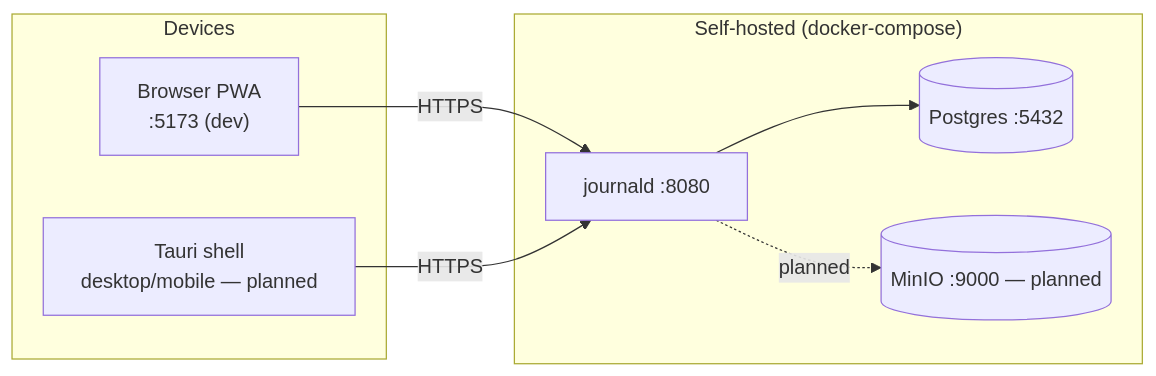
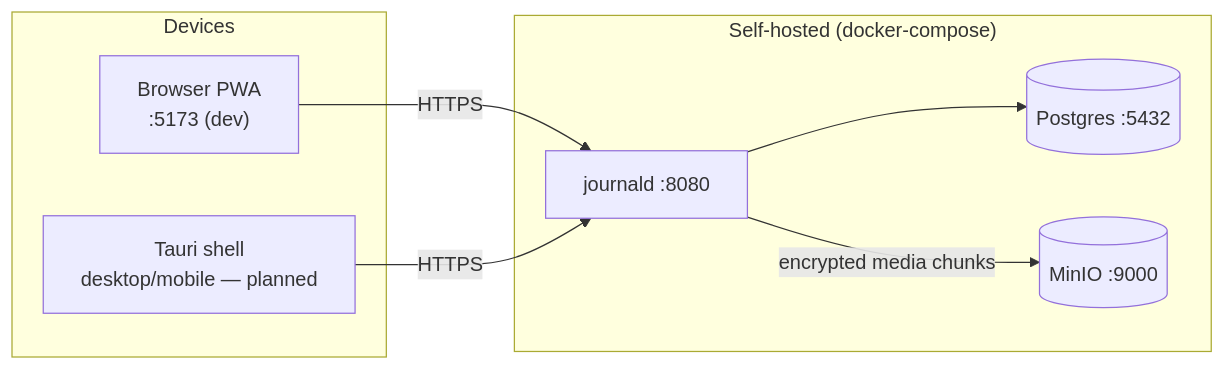
The fifth of 5 diagrams in docs/ARCHITECTURE.md (plasticparticle/mneme), drawn with Mermaid before and after one commit. The commit also changed other lines of this file and 5 other files, not shown here.

````diff
--- a/docs/ARCHITECTURE.md
+++ b/docs/ARCHITECTURE.md
@@ -233,16 +256,16 @@
 ```mermaid
 flowchart LR
   subgraph Devices
     B["Browser PWA<br/>:5173 (dev)"]
     T["Tauri shell<br/>desktop/mobile — planned"]
   end
   subgraph Homelab["Self-hosted (docker-compose)"]
     J["journald :8080"]
     P[("Postgres :5432")]
-    Mn[("MinIO :9000 — planned")]
+    Mn[("MinIO :9000")]
   end
   B -- HTTPS --> J
   T -- HTTPS --> J
   J --> P
-  J -. planned .-> Mn
+  J -- "encrypted media chunks" --> Mn
 ```
````
